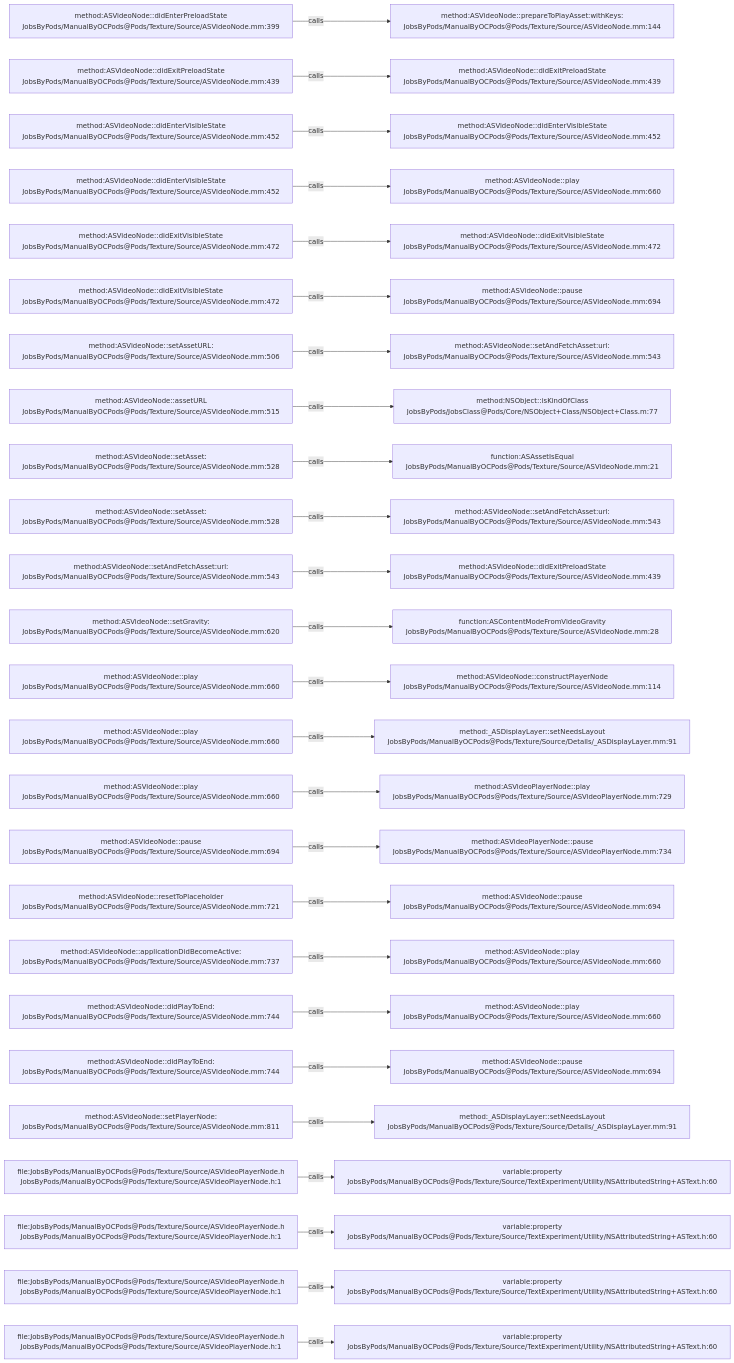
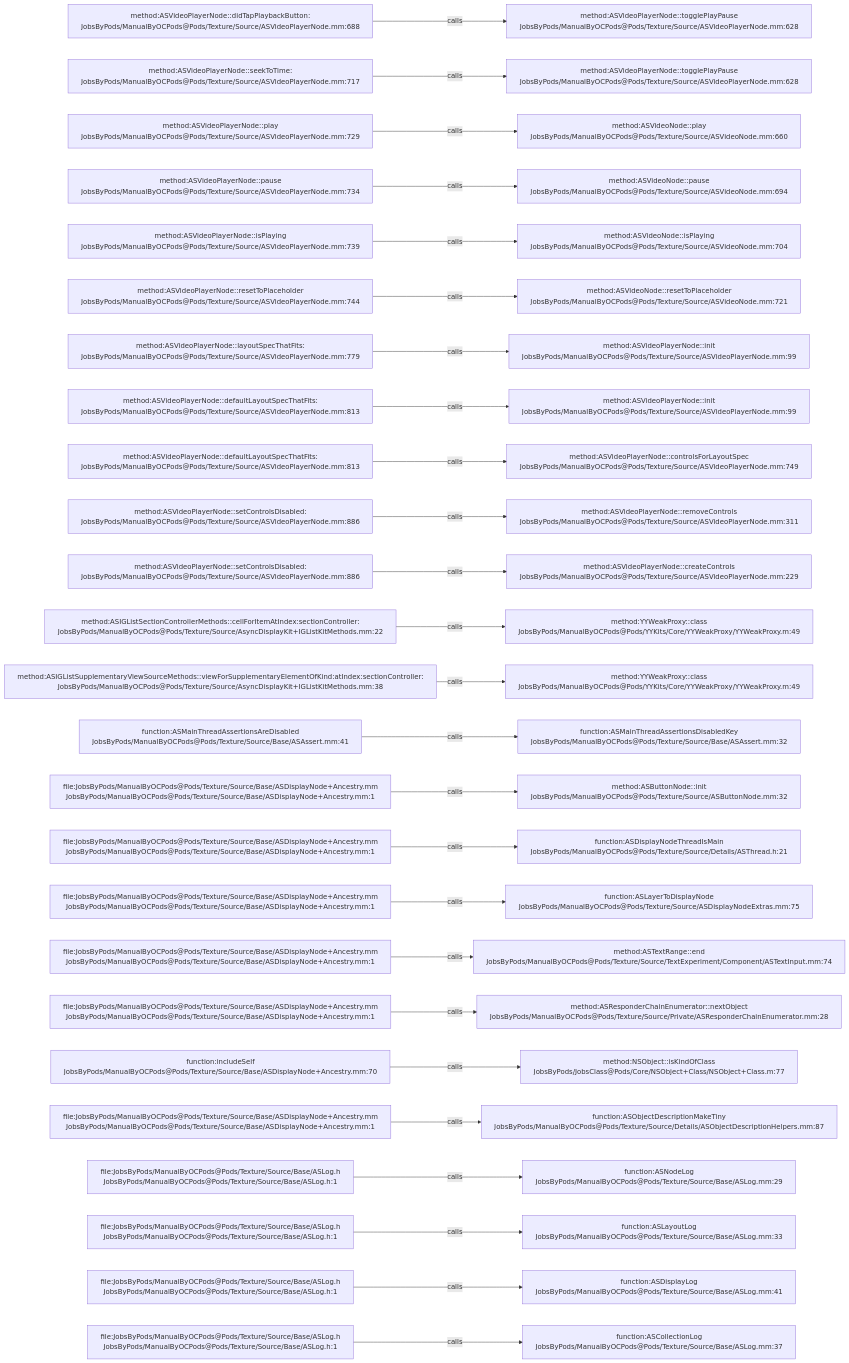
Before and after one commit to JobsKits/JobsOCBaseConfigDemo: the diagram in .codegraph/codegraph.md/graphs/calls-145.md, drawn with Mermaid. The commit also changed 1353 other files, not shown here.

````diff
--- a/.codegraph/codegraph.md/graphs/calls-145.md
+++ b/.codegraph/codegraph.md/graphs/calls-145.md
@@ -13,78 +13,78 @@
 ```mermaid
 flowchart LR
-  S1["method:ASVideoNode::didEnterPreloadState<br/>JobsByPods/ManualByOCPods@Pods/Texture/Source/ASVideoNode.mm:399"]
-  T1["method:ASVideoNode::prepareToPlayAsset:withKeys:<br/>JobsByPods/ManualByOCPods@Pods/Texture/Source/ASVideoNode.mm:144"]
+  S1["method:ASVideoPlayerNode::didTapPlaybackButton:<br/>JobsByPods/ManualByOCPods@Pods/Texture/Source/ASVideoPlayerNode.mm:688"]
+  T1["method:ASVideoPlayerNode::togglePlayPause<br/>JobsByPods/ManualByOCPods@Pods/Texture/Source/ASVideoPlayerNode.mm:628"]
   S1 -->|calls| T1
-  S2["method:ASVideoNode::didExitPreloadState<br/>JobsByPods/ManualByOCPods@Pods/Texture/Source/ASVideoNode.mm:439"]
-  T2["method:ASVideoNode::didExitPreloadState<br/>JobsByPods/ManualByOCPods@Pods/Texture/Source/ASVideoNode.mm:439"]
+  S2["method:ASVideoPlayerNode::seekToTime:<br/>JobsByPods/ManualByOCPods@Pods/Texture/Source/ASVideoPlayerNode.mm:717"]
+  T2["method:ASVideoPlayerNode::togglePlayPause<br/>JobsByPods/ManualByOCPods@Pods/Texture/Source/ASVideoPlayerNode.mm:628"]
   S2 -->|calls| T2
-  S3["method:ASVideoNode::didEnterVisibleState<br/>JobsByPods/ManualByOCPods@Pods/Texture/Source/ASVideoNode.mm:452"]
-  T3["method:ASVideoNode::didEnterVisibleState<br/>JobsByPods/ManualByOCPods@Pods/Texture/Source/ASVideoNode.mm:452"]
+  S3["method:ASVideoPlayerNode::play<br/>JobsByPods/ManualByOCPods@Pods/Texture/Source/ASVideoPlayerNode.mm:729"]
+  T3["method:ASVideoNode::play<br/>JobsByPods/ManualByOCPods@Pods/Texture/Source/ASVideoNode.mm:660"]
   S3 -->|calls| T3
-  S4["method:ASVideoNode::didEnterVisibleState<br/>JobsByPods/ManualByOCPods@Pods/Texture/Source/ASVideoNode.mm:452"]
-  T4["method:ASVideoNode::play<br/>JobsByPods/ManualByOCPods@Pods/Texture/Source/ASVideoNode.mm:660"]
+  S4["method:ASVideoPlayerNode::pause<br/>JobsByPods/ManualByOCPods@Pods/Texture/Source/ASVideoPlayerNode.mm:734"]
+  T4["method:ASVideoNode::pause<br/>JobsByPods/ManualByOCPods@Pods/Texture/Source/ASVideoNode.mm:694"]
   S4 -->|calls| T4
-  S5["method:ASVideoNode::didExitVisibleState<br/>JobsByPods/ManualByOCPods@Pods/Texture/Source/ASVideoNode.mm:472"]
-  T5["method:ASVideoNode::didExitVisibleState<br/>JobsByPods/ManualByOCPods@Pods/Texture/Source/ASVideoNode.mm:472"]
+  S5["method:ASVideoPlayerNode::isPlaying<br/>JobsByPods/ManualByOCPods@Pods/Texture/Source/ASVideoPlayerNode.mm:739"]
+  T5["method:ASVideoNode::isPlaying<br/>JobsByPods/ManualByOCPods@Pods/Texture/Source/ASVideoNode.mm:704"]
   S5 -->|calls| T5
-  S6["method:ASVideoNode::didExitVisibleState<br/>JobsByPods/ManualByOCPods@Pods/Texture/Source/ASVideoNode.mm:472"]
-  T6["method:ASVideoNode::pause<br/>JobsByPods/ManualByOCPods@Pods/Texture/Source/ASVideoNode.mm:694"]
+  S6["method:ASVideoPlayerNode::resetToPlaceholder<br/>JobsByPods/ManualByOCPods@Pods/Texture/Source/ASVideoPlayerNode.mm:744"]
+  T6["method:ASVideoNode::resetToPlaceholder<br/>JobsByPods/ManualByOCPods@Pods/Texture/Source/ASVideoNode.mm:721"]
   S6 -->|calls| T6
-  S7["method:ASVideoNode::setAssetURL:<br/>JobsByPods/ManualByOCPods@Pods/Texture/Source/ASVideoNode.mm:506"]
-  T7["method:ASVideoNode::setAndFetchAsset:url:<br/>JobsByPods/ManualByOCPods@Pods/Texture/Source/ASVideoNode.mm:543"]
+  S7["method:ASVideoPlayerNode::layoutSpecThatFits:<br/>JobsByPods/ManualByOCPods@Pods/Texture/Source/ASVideoPlayerNode.mm:779"]
+  T7["method:ASVideoPlayerNode::init<br/>JobsByPods/ManualByOCPods@Pods/Texture/Source/ASVideoPlayerNode.mm:99"]
   S7 -->|calls| T7
-  S8["method:ASVideoNode::assetURL<br/>JobsByPods/ManualByOCPods@Pods/Texture/Source/ASVideoNode.mm:515"]
-  T8["method:NSObject::isKindOfClass<br/>JobsByPods/JobsClass@Pods/Core/NSObject+Class/NSObject+Class.m:77"]
+  S8["method:ASVideoPlayerNode::defaultLayoutSpecThatFits:<br/>JobsByPods/ManualByOCPods@Pods/Texture/Source/ASVideoPlayerNode.mm:813"]
+  T8["method:ASVideoPlayerNode::init<br/>JobsByPods/ManualByOCPods@Pods/Texture/Source/ASVideoPlayerNode.mm:99"]
   S8 -->|calls| T8
-  S9["method:ASVideoNode::setAsset:<br/>JobsByPods/ManualByOCPods@Pods/Texture/Source/ASVideoNode.mm:528"]
-  T9["function:ASAssetIsEqual<br/>JobsByPods/ManualByOCPods@Pods/Texture/Source/ASVideoNode.mm:21"]
+  S9["method:ASVideoPlayerNode::defaultLayoutSpecThatFits:<br/>JobsByPods/ManualByOCPods@Pods/Texture/Source/ASVideoPlayerNode.mm:813"]
+  T9["method:ASVideoPlayerNode::controlsForLayoutSpec<br/>JobsByPods/ManualByOCPods@Pods/Texture/Source/ASVideoPlayerNode.mm:749"]
   S9 -->|calls| T9
-  S10["method:ASVideoNode::setAsset:<br/>JobsByPods/ManualByOCPods@Pods/Texture/Source/ASVideoNode.mm:528"]
-  T10["method:ASVideoNode::setAndFetchAsset:url:<br/>JobsByPods/ManualByOCPods@Pods/Texture/Source/ASVideoNode.mm:543"]
+  S10["method:ASVideoPlayerNode::setControlsDisabled:<br/>JobsByPods/ManualByOCPods@Pods/Texture/Source/ASVideoPlayerNode.mm:886"]
+  T10["method:ASVideoPlayerNode::removeControls<br/>JobsByPods/ManualByOCPods@Pods/Texture/Source/ASVideoPlayerNode.mm:311"]
   S10 -->|calls| T10
-  S11["method:ASVideoNode::setAndFetchAsset:url:<br/>JobsByPods/ManualByOCPods@Pods/Texture/Source/ASVideoNode.mm:543"]
-  T11["method:ASVideoNode::didExitPreloadState<br/>JobsByPods/ManualByOCPods@Pods/Texture/Source/ASVideoNode.mm:439"]
+  S11["method:ASVideoPlayerNode::setControlsDisabled:<br/>JobsByPods/ManualByOCPods@Pods/Texture/Source/ASVideoPlayerNode.mm:886"]
+  T11["method:ASVideoPlayerNode::createControls<br/>JobsByPods/ManualByOCPods@Pods/Texture/Source/ASVideoPlayerNode.mm:229"]
   S11 -->|calls| T11
-  S12["method:ASVideoNode::setGravity:<br/>JobsByPods/ManualByOCPods@Pods/Texture/Source/ASVideoNode.mm:620"]
-  T12["function:ASContentModeFromVideoGravity<br/>JobsByPods/ManualByOCPods@Pods/Texture/Source/ASVideoNode.mm:28"]
+  S12["method:ASIGListSectionControllerMethods::cellForItemAtIndex:sectionController:<br/>JobsByPods/ManualByOCPods@Pods/Texture/Source/AsyncDisplayKit+IGListKitMethods.mm:22"]
+  T12["method:YYWeakProxy::class<br/>JobsByPods/ManualByOCPods@Pods/YYKits/Core/YYWeakProxy/YYWeakProxy.m:49"]
   S12 -->|calls| T12
-  S13["method:ASVideoNode::play<br/>JobsByPods/ManualByOCPods@Pods/Texture/Source/ASVideoNode.mm:660"]
-  T13["method:ASVideoNode::constructPlayerNode<br/>JobsByPods/ManualByOCPods@Pods/Texture/Source/ASVideoNode.mm:114"]
+  S13["method:ASIGListSupplementaryViewSourceMethods::viewForSupplementaryElementOfKind:atIndex:sectionController:<br/>JobsByPods/ManualByOCPods@Pods/Texture/Source/AsyncDisplayKit+IGListKitMethods.mm:38"]
+  T13["method:YYWeakProxy::class<br/>JobsByPods/ManualByOCPods@Pods/YYKits/Core/YYWeakProxy/YYWeakProxy.m:49"]
   S13 -->|calls| T13
-  S14["method:ASVideoNode::play<br/>JobsByPods/ManualByOCPods@Pods/Texture/Source/ASVideoNode.mm:660"]
-  T14["method:_ASDisplayLayer::setNeedsLayout<br/>JobsByPods/ManualByOCPods@Pods/Texture/Source/Details/_ASDisplayLayer.mm:91"]
+  S14["function:ASMainThreadAssertionsAreDisabled<br/>JobsByPods/ManualByOCPods@Pods/Texture/Source/Base/ASAssert.mm:41"]
+  T14["function:ASMainThreadAssertionsDisabledKey<br/>JobsByPods/ManualByOCPods@Pods/Texture/Source/Base/ASAssert.mm:32"]
   S14 -->|calls| T14
-  S15["method:ASVideoNode::play<br/>JobsByPods/ManualByOCPods@Pods/Texture/Source/ASVideoNode.mm:660"]
-  T15["method:ASVideoPlayerNode::play<br/>JobsByPods/ManualByOCPods@Pods/Texture/Source/ASVideoPlayerNode.mm:729"]
+  S15["file:JobsByPods/ManualByOCPods@Pods/Texture/Source/Base/ASDisplayNode+Ancestry.mm<br/>JobsByPods/ManualByOCPods@Pods/Texture/Source/Base/ASDisplayNode+Ancestry.mm:1"]
+  T15["method:ASButtonNode::init<br/>JobsByPods/ManualByOCPods@Pods/Texture/Source/ASButtonNode.mm:32"]
   S15 -->|calls| T15
-  S16["method:ASVideoNode::pause<br/>JobsByPods/ManualByOCPods@Pods/Texture/Source/ASVideoNode.mm:694"]
-  T16["method:ASVideoPlayerNode::pause<br/>JobsByPods/ManualByOCPods@Pods/Texture/Source/ASVideoPlayerNode.mm:734"]
+  S16["file:JobsByPods/ManualByOCPods@Pods/Texture/Source/Base/ASDisplayNode+Ancestry.mm<br/>JobsByPods/ManualByOCPods@Pods/Texture/Source/Base/ASDisplayNode+Ancestry.mm:1"]
+  T16["function:ASDisplayNodeThreadIsMain<br/>JobsByPods/ManualByOCPods@Pods/Texture/Source/Details/ASThread.h:21"]
   S16 -->|calls| T16
-  S17["method:ASVideoNode::resetToPlaceholder<br/>JobsByPods/ManualByOCPods@Pods/Texture/Source/ASVideoNode.mm:721"]
-  T17["method:ASVideoNode::pause<br/>JobsByPods/ManualByOCPods@Pods/Texture/Source/ASVideoNode.mm:694"]
+  S17["file:JobsByPods/ManualByOCPods@Pods/Texture/Source/Base/ASDisplayNode+Ancestry.mm<br/>JobsByPods/ManualByOCPods@Pods/Texture/Source/Base/ASDisplayNode+Ancestry.mm:1"]
+  T17["function:ASLayerToDisplayNode<br/>JobsByPods/ManualByOCPods@Pods/Texture/Source/ASDisplayNodeExtras.mm:75"]
   S17 -->|calls| T17
-  S18["method:ASVideoNode::applicationDidBecomeActive:<br/>JobsByPods/ManualByOCPods@Pods/Texture/Source/ASVideoNode.mm:737"]
-  T18["method:ASVideoNode::play<br/>JobsByPods/ManualByOCPods@Pods/Texture/Source/ASVideoNode.mm:660"]
+  S18["file:JobsByPods/ManualByOCPods@Pods/Texture/Source/Base/ASDisplayNode+Ancestry.mm<br/>JobsByPods/ManualByOCPods@Pods/Texture/Source/Base/ASDisplayNode+Ancestry.mm:1"]
+  T18["method:ASTextRange::end<br/>JobsByPods/ManualByOCPods@Pods/Texture/Source/TextExperiment/Component/ASTextInput.mm:74"]
   S18 -->|calls| T18
-  S19["method:ASVideoNode::didPlayToEnd:<br/>JobsByPods/ManualByOCPods@Pods/Texture/Source/ASVideoNode.mm:744"]
-  T19["method:ASVideoNode::play<br/>JobsByPods/ManualByOCPods@Pods/Texture/Source/ASVideoNode.mm:660"]
+  S19["file:JobsByPods/ManualByOCPods@Pods/Texture/Source/Base/ASDisplayNode+Ancestry.mm<br/>JobsByPods/ManualByOCPods@Pods/Texture/Source/Base/ASDisplayNode+Ancestry.mm:1"]
+  T19["method:ASResponderChainEnumerator::nextObject<br/>JobsByPods/ManualByOCPods@Pods/Texture/Source/Private/ASResponderChainEnumerator.mm:28"]
   S19 -->|calls| T19
-  S20["method:ASVideoNode::didPlayToEnd:<br/>JobsByPods/ManualByOCPods@Pods/Texture/Source/ASVideoNode.mm:744"]
-  T20["method:ASVideoNode::pause<br/>JobsByPods/ManualByOCPods@Pods/Texture/Source/ASVideoNode.mm:694"]
+  S20["function:includeSelf<br/>JobsByPods/ManualByOCPods@Pods/Texture/Source/Base/ASDisplayNode+Ancestry.mm:70"]
+  T20["method:NSObject::isKindOfClass<br/>JobsByPods/JobsClass@Pods/Core/NSObject+Class/NSObject+Class.m:77"]
   S20 -->|calls| T20
-  S21["method:ASVideoNode::setPlayerNode:<br/>JobsByPods/ManualByOCPods@Pods/Texture/Source/ASVideoNode.mm:811"]
-  T21["method:_ASDisplayLayer::setNeedsLayout<br/>JobsByPods/ManualByOCPods@Pods/Texture/Source/Details/_ASDisplayLayer.mm:91"]
+  S21["file:JobsByPods/ManualByOCPods@Pods/Texture/Source/Base/ASDisplayNode+Ancestry.mm<br/>JobsByPods/ManualByOCPods@Pods/Texture/Source/Base/ASDisplayNode+Ancestry.mm:1"]
+  T21["function:ASObjectDescriptionMakeTiny<br/>JobsByPods/ManualByOCPods@Pods/Texture/Source/Details/ASObjectDescriptionHelpers.mm:87"]
   S21 -->|calls| T21
-  S22["file:JobsByPods/ManualByOCPods@Pods/Texture/Source/ASVideoPlayerNode.h<br/>JobsByPods/ManualByOCPods@Pods/Texture/Source/ASVideoPlayerNode.h:1"]
-  T22["variable:property<br/>JobsByPods/ManualByOCPods@Pods/Texture/Source/TextExperiment/Utility/NSAttributedString+ASText.h:60"]
+  S22["file:JobsByPods/ManualByOCPods@Pods/Texture/Source/Base/ASLog.h<br/>JobsByPods/ManualByOCPods@Pods/Texture/Source/Base/ASLog.h:1"]
+  T22["function:ASNodeLog<br/>JobsByPods/ManualByOCPods@Pods/Texture/Source/Base/ASLog.mm:29"]
   S22 -->|calls| T22
-  S23["file:JobsByPods/ManualByOCPods@Pods/Texture/Source/ASVideoPlayerNode.h<br/>JobsByPods/ManualByOCPods@Pods/Texture/Source/ASVideoPlayerNode.h:1"]
-  T23["variable:property<br/>JobsByPods/ManualByOCPods@Pods/Texture/Source/TextExperiment/Utility/NSAttributedString+ASText.h:60"]
+  S23["file:JobsByPods/ManualByOCPods@Pods/Texture/Source/Base/ASLog.h<br/>JobsByPods/ManualByOCPods@Pods/Texture/Source/Base/ASLog.h:1"]
+  T23["function:ASLayoutLog<br/>JobsByPods/ManualByOCPods@Pods/Texture/Source/Base/ASLog.mm:33"]
   S23 -->|calls| T23
-  S24["file:JobsByPods/ManualByOCPods@Pods/Texture/Source/ASVideoPlayerNode.h<br/>JobsByPods/ManualByOCPods@Pods/Texture/Source/ASVideoPlayerNode.h:1"]
-  T24["variable:property<br/>JobsByPods/ManualByOCPods@Pods/Texture/Source/TextExperiment/Utility/NSAttributedString+ASText.h:60"]
+  S24["file:JobsByPods/ManualByOCPods@Pods/Texture/Source/Base/ASLog.h<br/>JobsByPods/ManualByOCPods@Pods/Texture/Source/Base/ASLog.h:1"]
+  T24["function:ASDisplayLog<br/>JobsByPods/ManualByOCPods@Pods/Texture/Source/Base/ASLog.mm:41"]
   S24 -->|calls| T24
-  S25["file:JobsByPods/ManualByOCPods@Pods/Texture/Source/ASVideoPlayerNode.h<br/>JobsByPods/ManualByOCPods@Pods/Texture/Source/ASVideoPlayerNode.h:1"]
-  T25["variable:property<br/>JobsByPods/ManualByOCPods@Pods/Texture/Source/TextExperiment/Utility/NSAttributedString+ASText.h:60"]
+  S25["file:JobsByPods/ManualByOCPods@Pods/Texture/Source/Base/ASLog.h<br/>JobsByPods/ManualByOCPods@Pods/Texture/Source/Base/ASLog.h:1"]
+  T25["function:ASCollectionLog<br/>JobsByPods/ManualByOCPods@Pods/Texture/Source/Base/ASLog.mm:37"]
   S25 -->|calls| T25
 ```
````
